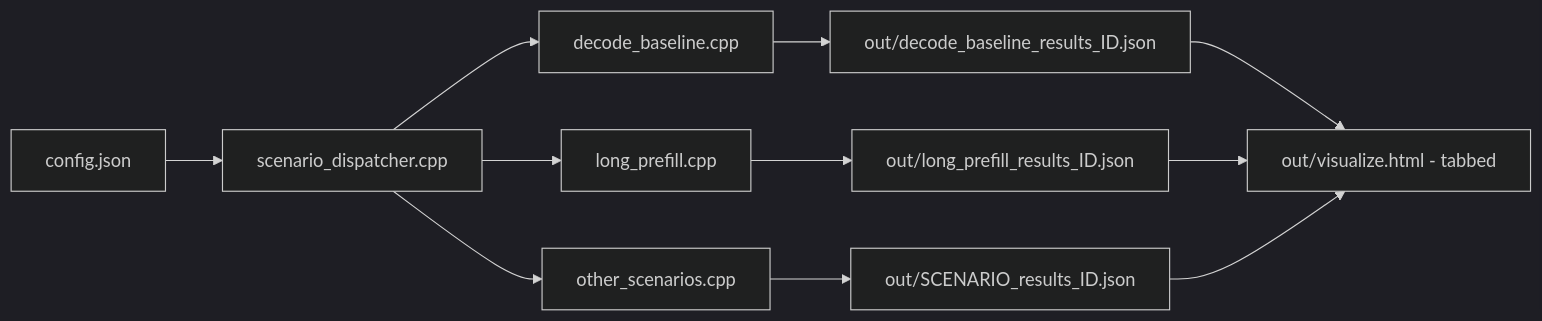
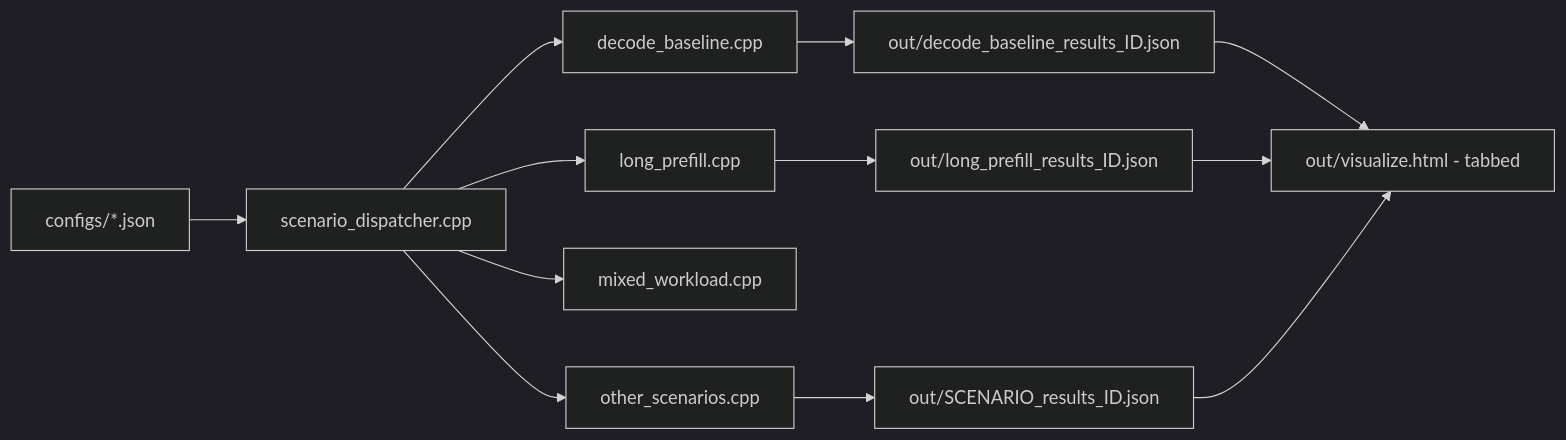
Before and after one commit to microsoft/onnxruntime-genai: the diagram in benchmark/engine/docs/benchmark-design.md, drawn with Mermaid (dark theme). The commit also changed other lines of this file and 15 other files, not shown here.

First line of the commit message:
mixed workload engine benchmark (#2447)

````diff
--- a/benchmark/engine/docs/benchmark-design.md
+++ b/benchmark/engine/docs/benchmark-design.md
@@ -7,16 +7,17 @@
 ```mermaid
 flowchart LR
-    A[config.json] --> C[scenario_dispatcher.cpp]
+    A[configs/*.json] --> C[scenario_dispatcher.cpp]
 
     C --> D[decode_baseline.cpp]
     C --> E[long_prefill.cpp]
+    C --> F[mixed_workload.cpp]
     C --> G[other_scenarios.cpp]
 
     D --> H[out/decode_baseline_results_ID.json]
     E --> J[out/long_prefill_results_ID.json]
     G --> N[out/SCENARIO_results_ID.json]
 
     H --> V[out/visualize.html - tabbed]
     J --> V
     N --> V
 ```
````
